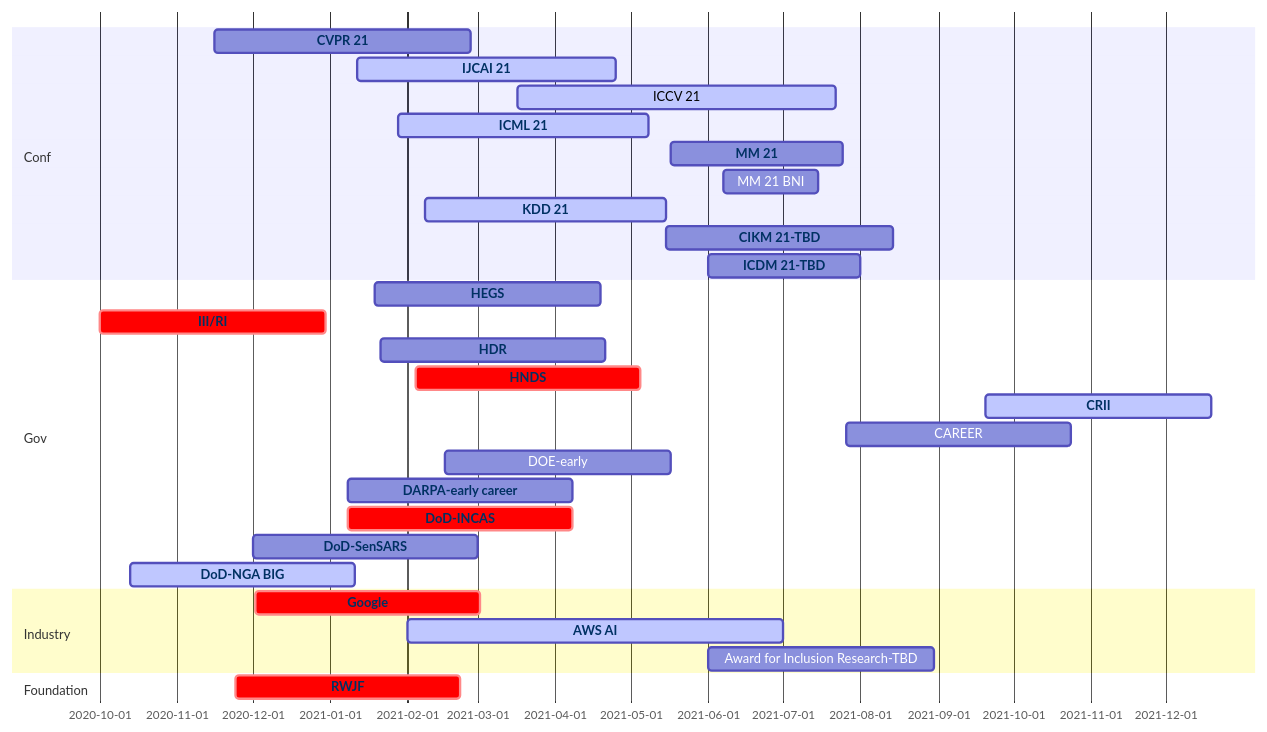
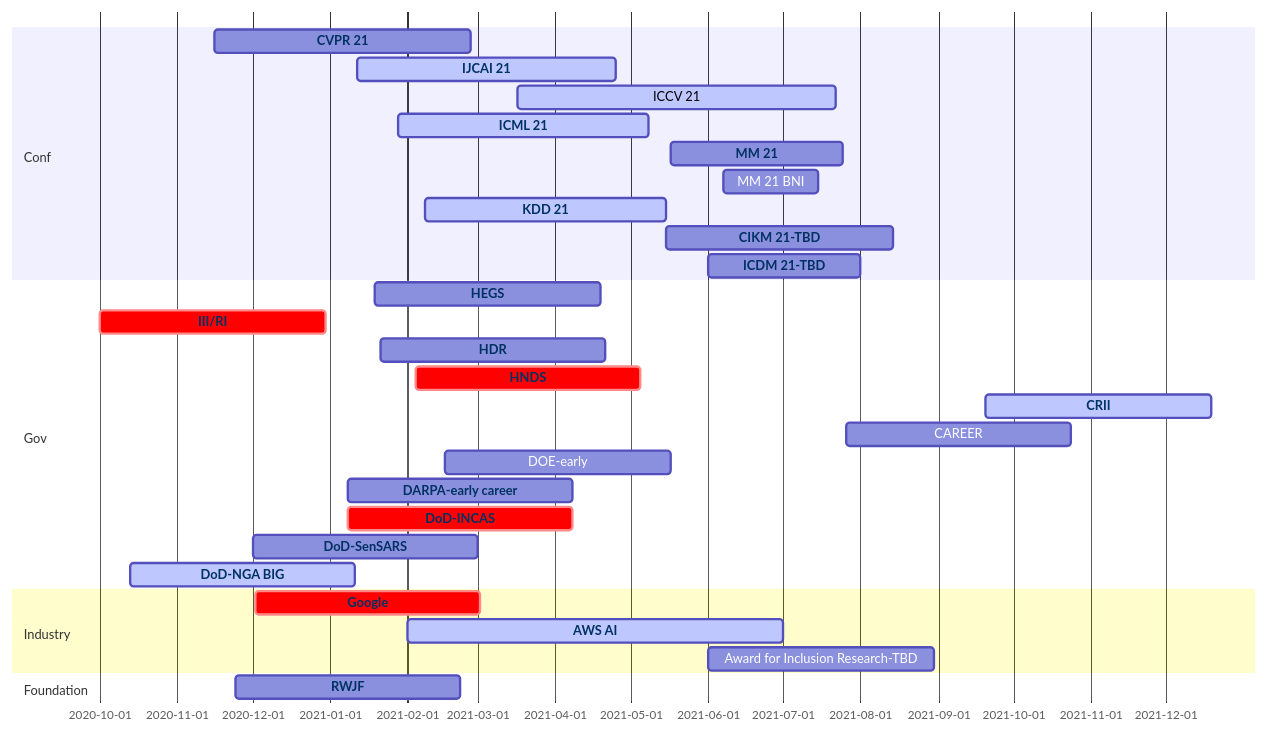
Before and after one commit to aquastar/academic-kickstart: the diagram in content/post/conf/index.md, drawn with Mermaid.

````diff
--- a/content/post/conf/index.md
+++ b/content/post/conf/index.md
@@ -16,56 +16,56 @@
 ```mermaid
 gantt
   dateFormat  MM/DD/YY
   section Conf
     CVPR 21 :cvpr, 11/16/20, 02/26/21
     IJCAI 21 :active, ijcai, 01/12/21, 04/25/21
     ICCV 21 :active, 03/17/21, 07/22/21
     ICML 21:active, icml, 01/28/21, 05/08/21
     MM 21:mm, 05/17/21, 07/25/21
     MM 21 BNI:mmbni, 06/07/21, 07/15/21
     KDD 21:active, kdd, 02/08/21, 05/15/21
     CIKM 21-TBD:cikm, 05/15/21, 08/14/21
     ICDM 21-TBD:icdm, 06/01/21, 08/01/21
   section Gov
     HEGS: hegs, 01/19/21, 90d
     III/RI:crit, iis, 10/01/20, 90d
     HDR :hdr, 01/21/21, 90d
     HNDS :crit, hnds, 02/04/21, 90d
     CRII :active, crii, 09/20/21, 90d 
     CAREER:career, 07/26/21, 90d
     DOE-early:doe, 02/16/21, 90d 
     DARPA-early career:  darpa, 01/08/21, 90d
     DoD-INCAS:crit,  incas, 01/08/21, 90d
     DoD-SenSARS: sensars, 12/01/20, 90d
     DoD-NGA BIG:active, nga, 10/13/20, 90d
   section Industry
     Google:crit,  google, 12/02/20, 90d
     AWS AI:active,  aws, 02/01/21, 07/01/21
     Award for Inclusion Research-TBD: air, 06/01/21, 90d
   section Foundation
-    RWJF :crit, rwjf, 11/24/20, 90d
+    RWJF :rwjf, 11/24/20, 90d
 
 
   click nga href "https://beta.sam.gov/opp/3c218648f9f04658840e478a7f1048e1/view?keywords=HM0476-20-BAA-0001&sort=-relevance&index=&is_active=true&page=1"
   click sensars href "https://beta.sam.gov/opp/a84f1af107334afcbf39d885d8f668a3/view"
   click aws href "https://www.amazon.science/research-awards/call-for-proposals/aws-ai"
   click incas href "https://beta.sam.gov/opp/6bbca26d91df4eff96b4edfa2386c35f/view?keywords=incas&sort=-relevance&index=&is_active=true&page=1"
   click darpa href "https://www.darpa.mil/work-with-us/for-universities/young-faculty-award"
   click deo href "https://www.grants.gov/web/grants/search-grants.html"
   click cvpr href "http://cvpr2021.thecvf.com/"
   click iccv href "http://iccv2021.thecvf.com/"
   click icml href "https://icml.cc/Conferences/2021"
   click ijcai href "http://www.ijcai-21.org/"
   click kdd href "http://www.kdd.org/kdd2021"
   click www href "https://www2021.thewebconf.org/"
   click cikm href "https://www.cikm2021.org/"
   click icdm href "http://icdm2021.bigke.org"
   click mm href "https://2020.acmmm.org/index.html"
   click crii href "https://www.nsf.gov/funding/pgm_summ.jsp?pims_id=504952"
   click hdr href "https://www.nsf.gov/funding/pgm_summ.jsp?pims_id=505828&org=NSF&sel_org=CISE&from=fund"
   click hnds href "https://www.nsf.gov/funding/pgm_summ.jsp?pims_id=505702"
   click rwjf href "https://anr.rwjf.org/viewCfp.do?cfpId=1509&cfpOverviewId="
   click iis href "https://www.nsf.gov/funding/pgm_summ.jsp?pims_id=505667&org=NSF"
   click hegs href "https://www.nsf.gov/funding/pgm_summ.jsp?pims_id=505745&org=NSF&sel_org=NSF&from=fund"
   click google href "https://research.google/outreach/research-scholar-program/"
 ```
````
